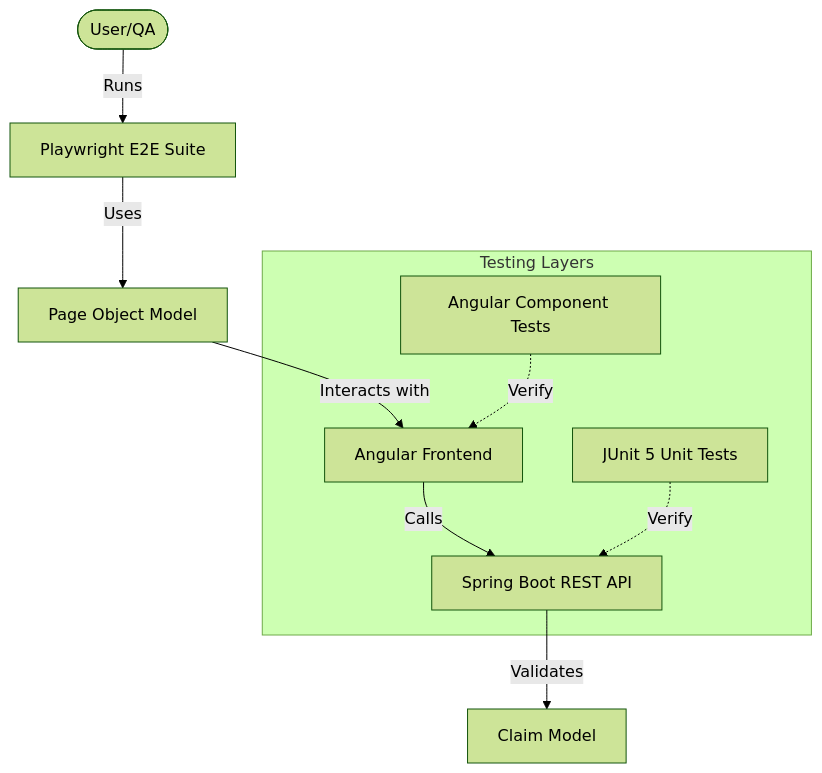
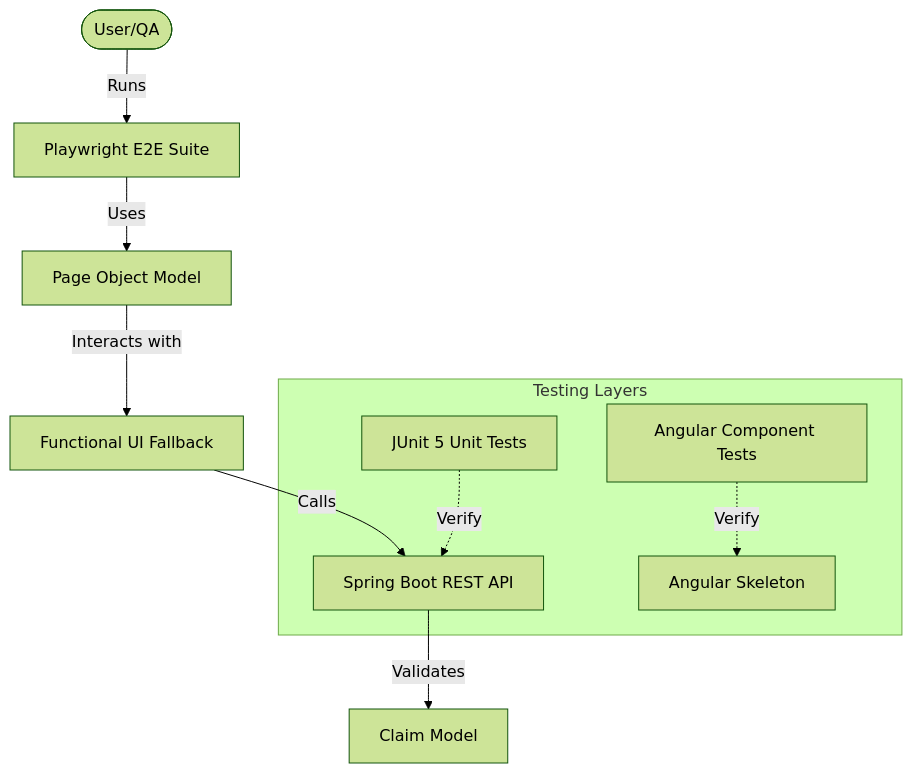
One commit to Abdul-sahil/SahilTesting changed the diagram in README_STRATEGY.md. Above: the diagram before and after it, drawn with Mermaid (forest theme). The commit also changed other lines of this file and 4 other files, not shown here.

````diff
--- a/README_STRATEGY.md
+++ b/README_STRATEGY.md
@@ -7,13 +7,13 @@
 ```mermaid
 graph TD
     User([User/QA]) -->|Runs| PW[Playwright E2E Suite]
     PW -->|Uses| POM[Page Object Model]
-    POM -->|Interacts with| UI[Angular Frontend]
+    POM -->|Interacts with| UI[Functional UI Fallback]
     UI -->|Calls| API[Spring Boot REST API]
     API -->|Validates| Model[Claim Model]
     
     subgraph "Testing Layers"
     Unit[JUnit 5 Unit Tests] -.->|Verify| API
-    Comp[Angular Component Tests] -.->|Verify| UI
+    Comp[Angular Component Tests] -.->|Verify| Skeleton[Angular Skeleton]
     end
 ```
````
